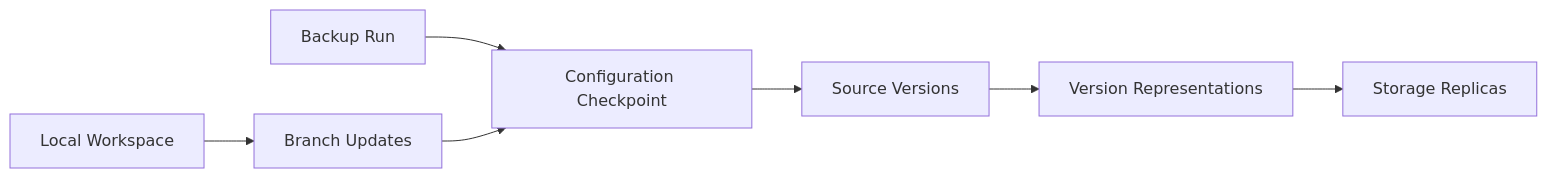
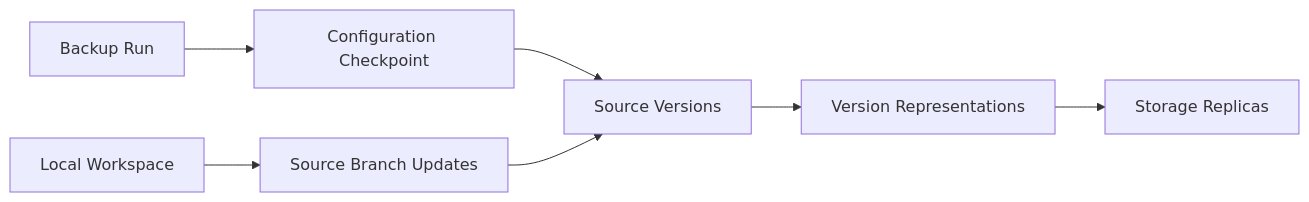
One commit to Leafuke/FolderRewind-Site changed the diagram in docs/architecture/data-models.md. Above: the diagram before and after it, drawn with Mermaid. The commit also changed other lines of this file and 404 other files, not shown here.

````diff
--- a/docs/architecture/data-models.md
+++ b/docs/architecture/data-models.md
@@ -18,9 +20,9 @@
 ```mermaid
 flowchart LR
   Run[Backup Run] --> CP[Configuration Checkpoint]
   CP --> SV[Source Versions]
   SV --> Rep[Version Representations]
   Rep --> Copy[Storage Replicas]
-  Branch[Branch Updates] --> CP
+  Branch[Source Branch Updates] --> SV
   WS[Local Workspace] --> Branch
 ```
````
